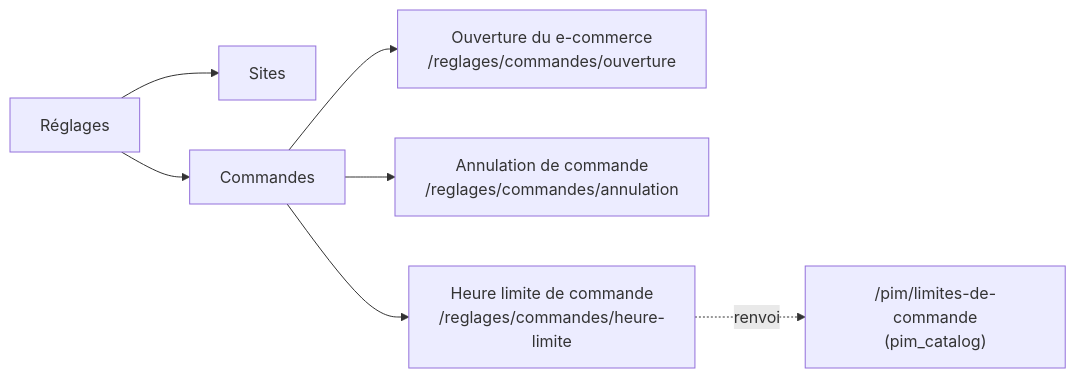
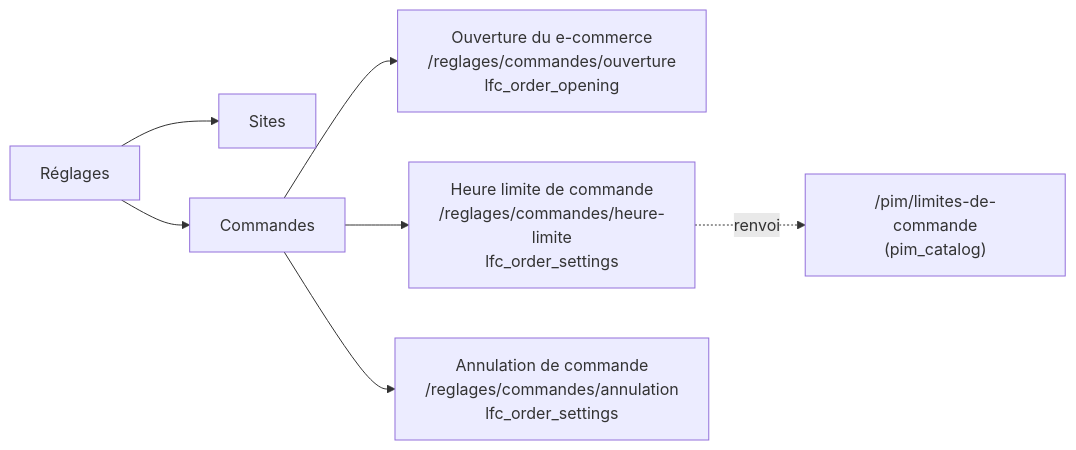
The first of 2 diagrams in documentation/commandes/plan-reglages-commandes.md (hugoheynard/lfd), drawn with Mermaid before and after one commit. The commit also changed other lines of this file, not shown here.

First line of the commit message:
docs(commande): Réglages › Commandes corrigé — option A, lfc_order_opening à part, B2C à venir, dérogations listées

````diff
--- a/documentation/commandes/plan-reglages-commandes.md
+++ b/documentation/commandes/plan-reglages-commandes.md
@@ -169,9 +190,9 @@
 ```mermaid
 flowchart LR
   R[Réglages] --> S[Sites]
   R --> C[Commandes]
-  C --> O["Ouverture du e-commerce<br/>/reglages/commandes/ouverture"]
-  C --> A["Annulation de commande<br/>/reglages/commandes/annulation"]
-  C --> H["Heure limite de commande<br/>/reglages/commandes/heure-limite"]
+  C --> O["Ouverture du e-commerce<br/>/reglages/commandes/ouverture<br/>lfc_order_opening"]
+  C --> H["Heure limite de commande<br/>/reglages/commandes/heure-limite<br/>lfc_order_settings"]
+  C --> A["Annulation de commande<br/>/reglages/commandes/annulation<br/>lfc_order_settings"]
   H -.renvoi.-> P["/pim/limites-de-commande<br/>(pim_catalog)"]
 ```
````
